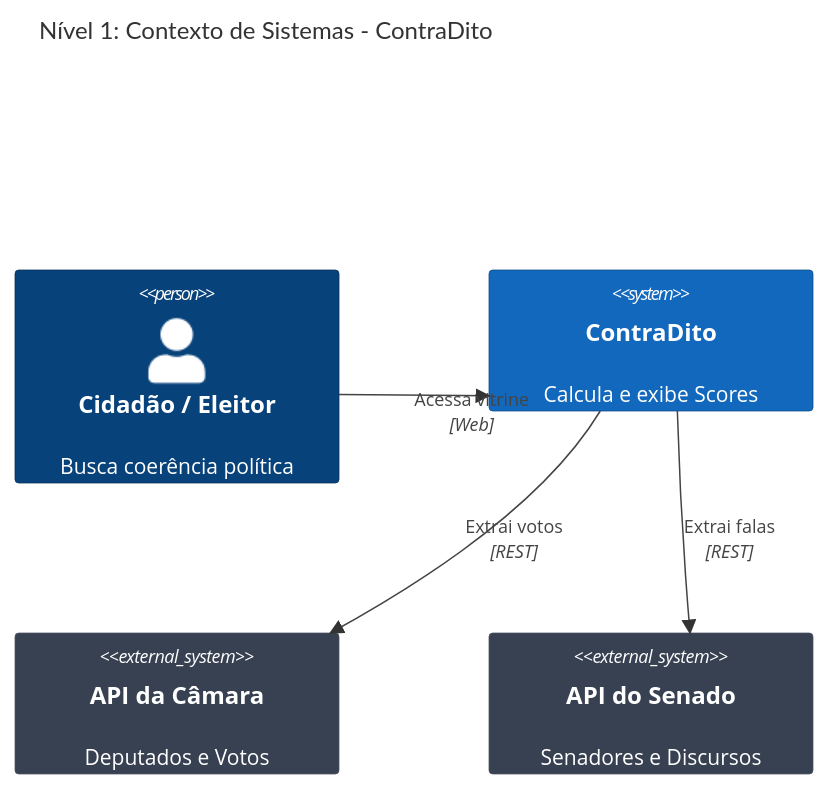
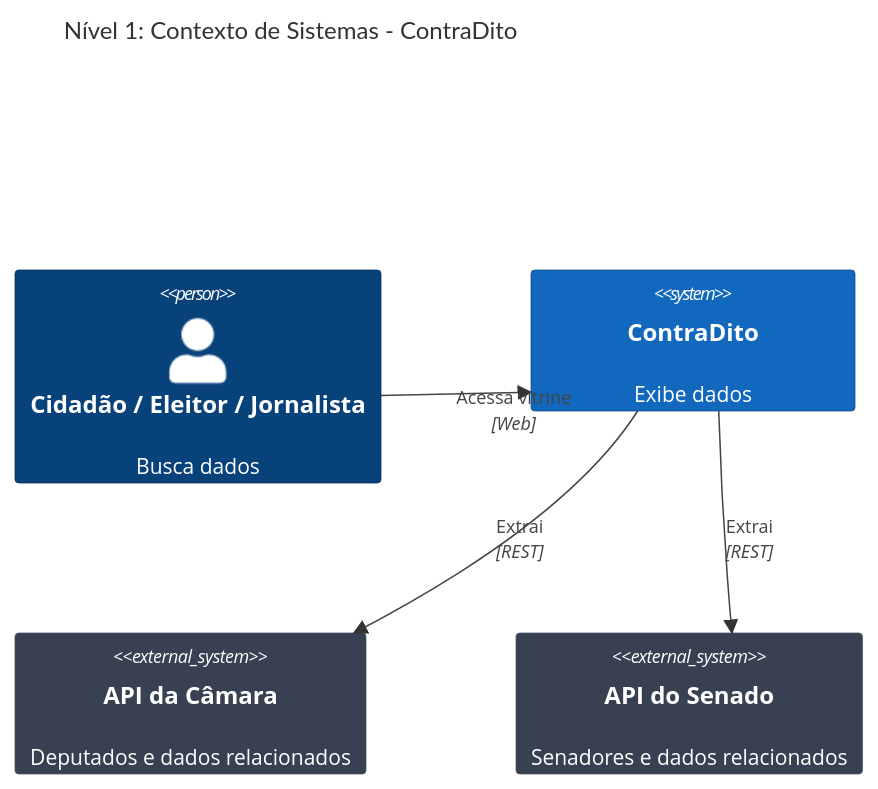
One commit to henriquemendeselias/2026.1-ContraDito changed the first of 4 diagrams in docs/docs/arquitetura.md. Above: the diagram before and after it, drawn with Mermaid. The commit also changed other lines of this file and 5 other files, not shown here.

````diff
--- a/docs/docs/arquitetura.md
+++ b/docs/docs/arquitetura.md
@@ -14,21 +14,21 @@
 ```mermaid
 C4Context
   title Nível 1: Contexto de Sistemas - ContraDito
   
-  Person(cidadao, "Cidadão / Eleitor", "Busca coerência política")
-  System(contradito, "ContraDito", "Calcula e exibe Scores")
+  Person(cidadao, "Cidadão / Eleitor / Jornalista", "Busca dados")
+  System(contradito, "ContraDito", "Exibe dados")
   
-  System_Ext(camara, "API da Câmara", "Deputados e Votos")
-  System_Ext(senado, "API do Senado", "Senadores e Discursos")
+  System_Ext(camara, "API da Câmara", "Deputados e dados relacionados")
+  System_Ext(senado, "API do Senado", "Senadores e dados relacionados")
   
   Rel_D(cidadao, contradito, "Acessa vitrine", "Web")
-  Rel_D(contradito, camara, "Extrai votos", "REST")
-  Rel_D(contradito, senado, "Extrai falas", "REST")
+  Rel_D(contradito, camara, "Extrai", "REST")
+  Rel_D(contradito, senado, "Extrai", "REST")
   
   UpdateElementStyle(cidadao, $bgColor="#08427b", $fontColor="#ffffff", $borderColor="#052e56")
   UpdateElementStyle(contradito, $bgColor="#1168bd", $fontColor="#ffffff", $borderColor="#0b4884")
   UpdateElementStyle(camara, $bgColor="#374151", $fontColor="#ffffff", $borderColor="#4b5563")
   UpdateElementStyle(senado, $bgColor="#374151", $fontColor="#ffffff", $borderColor="#4b5563")
   
   UpdateLayoutConfig($c4ShapeInRow="2", $c4BoundaryInRow="1")
 ```
````
